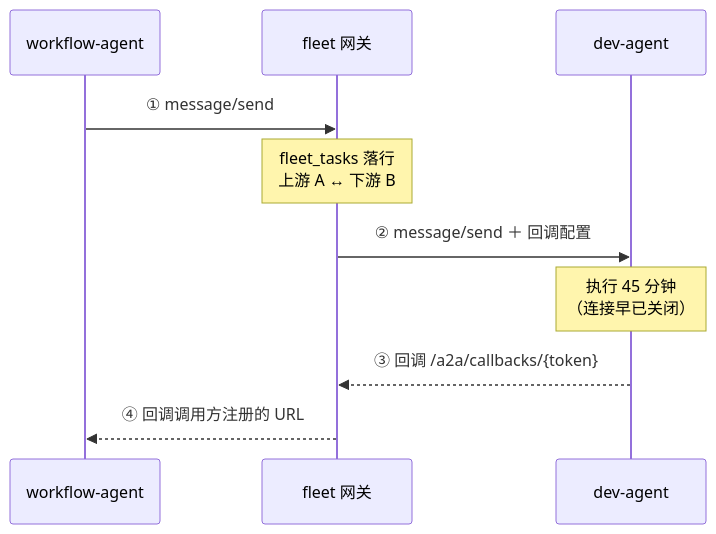
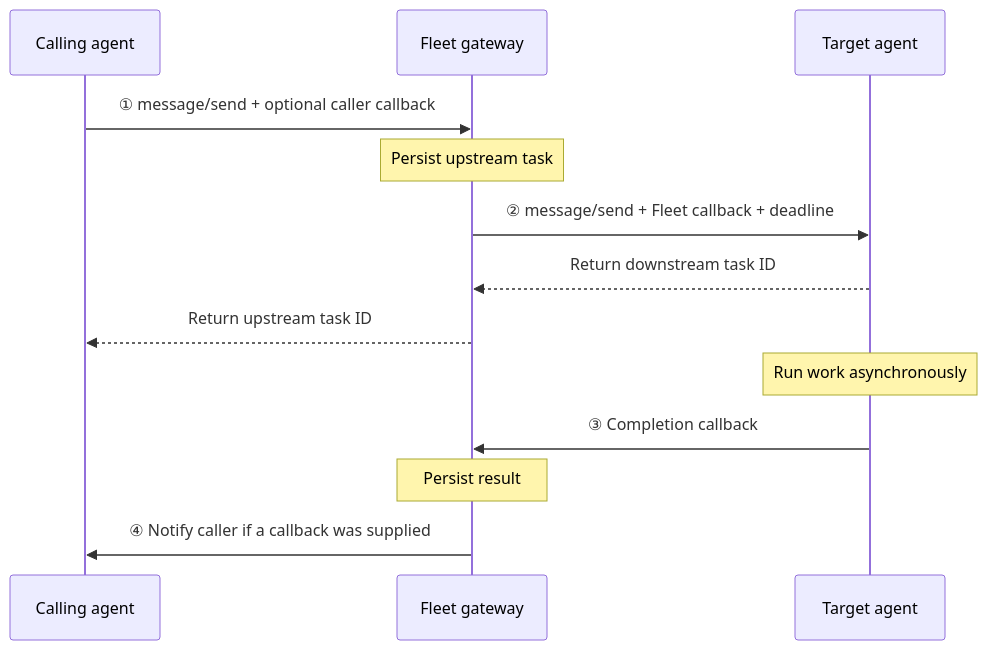
The diagram in docs/fleet-a2a-gateway.md (firthstack/agent-fleet), drawn with Mermaid before and after one commit. The commit also changed other lines of this file and 4 other files, not shown here.

Commit message:
docs: document current Fleet architecture and agent integration

````diff
--- a/docs/fleet-a2a-gateway.md
+++ b/docs/fleet-a2a-gateway.md
@@ -153,13 +85,16 @@
 ```mermaid
 sequenceDiagram
-    participant W as workflow-agent
-    participant G as fleet 网关
-    participant D as dev-agent
+    participant C as Calling agent
+    participant G as Fleet gateway
+    participant A as Target agent
 
-    W->>G: ① message/send
-    Note over G: fleet_tasks 落行<br/>上游 A ↔ 下游 B
-    G->>D: ② message/send ＋ 回调配置
-    Note over D: 执行 45 分钟<br/>（连接早已关闭）
-    D-->>G: ③ 回调 /a2a/callbacks/{token}
-    G-->>W: ④ 回调调用方注册的 URL
+    C->>G: ① message/send + optional caller callback
+    Note over G: Persist upstream task
+    G->>A: ② message/send + Fleet callback + deadline
+    A-->>G: Return downstream task ID
+    G-->>C: Return upstream task ID
+    Note over A: Run work asynchronously
+    A->>G: ③ Completion callback
+    Note over G: Persist result
+    G->>C: ④ Notify caller if a callback was supplied
 ```
````
